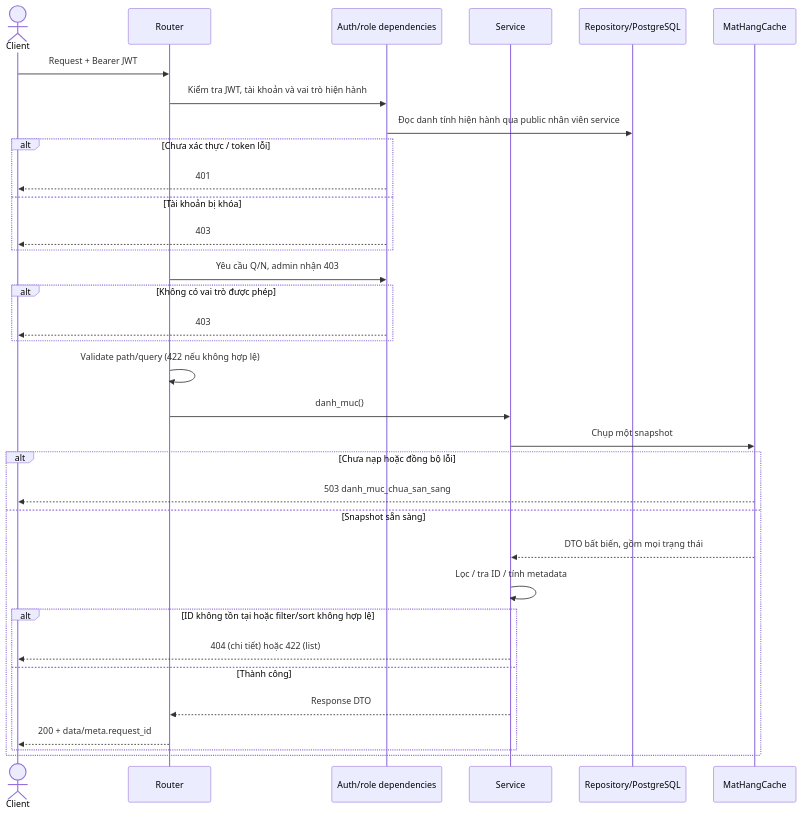
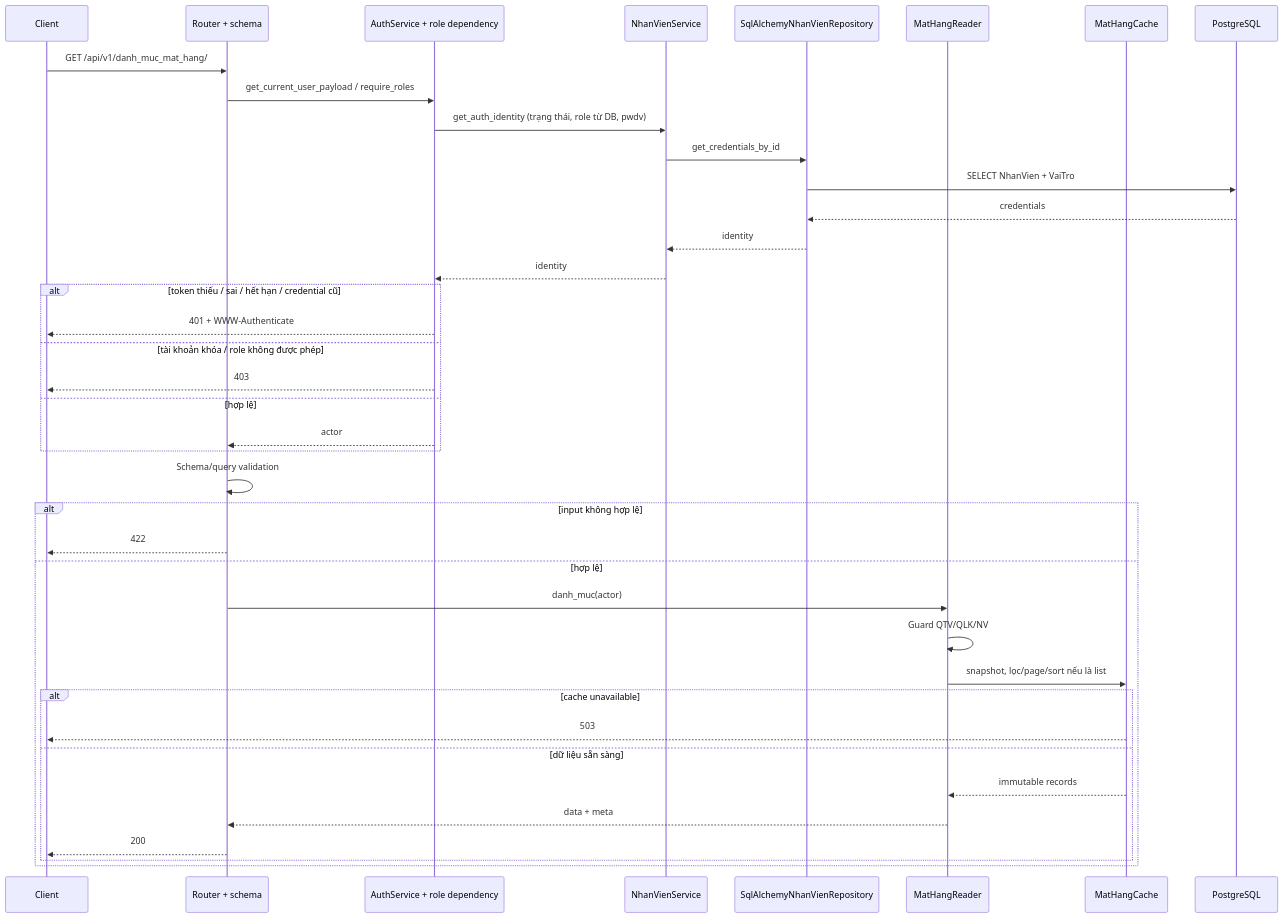
Before and after one commit to thanhklt/xbike-mrp-system: the first of 6 diagrams in docs/sequence/mat_hang.md, drawn with Mermaid. The commit also changed other lines of this file and 230 other files, not shown here.

Commit message:
fix(reporting): UC-41 báo cáo nhập-xuất-tồn và UC-42 tra cứu lịch sử biến động kho

````diff
--- a/docs/sequence/mat_hang.md
+++ b/docs/sequence/mat_hang.md
@@ -13,36 +15,41 @@
 ```mermaid
 sequenceDiagram
-actor C as Client
-    participant R as Router
-    participant A as Auth/role dependencies
-    participant S as Service
-    participant D as Repository/PostgreSQL
-    C->>R: Request + Bearer JWT
-    R->>A: Kiểm tra JWT, tài khoản và vai trò hiện hành
-    A->>D: Đọc danh tính hiện hành qua public nhân viên service
-    alt Chưa xác thực / token lỗi
-        A-->>C: 401
-    else Tài khoản bị khóa
+    participant C as Client
+    participant R as Router + schema
+    participant A as AuthService + role dependency
+    participant N as NhanVienService
+    participant NR as SqlAlchemyNhanVienRepository
+    participant S as MatHangReader
+    participant K as MatHangCache
+    participant DB as PostgreSQL
+    C->>R: GET /api/v1/danh_muc_mat_hang/
+    R->>A: get_current_user_payload / require_roles
+    A->>N: get_auth_identity (trạng thái, role từ DB, pwdv)
+    N->>NR: get_credentials_by_id
+    NR->>DB: SELECT NhanVien + VaiTro
+    DB-->>NR: credentials
+    NR-->>N: identity
+    N-->>A: identity
+    alt token thiếu / sai / hết hạn / credential cũ
+        A-->>C: 401 + WWW-Authenticate
+    else tài khoản khóa / role không được phép
         A-->>C: 403
+    else hợp lệ
+        A-->>R: actor
     end
-    R->>A: Yêu cầu Q/N, admin nhận 403
-    alt Không có vai trò được phép
-        A-->>C: 403
-    end
-    R->>R: Validate path/query (422 nếu không hợp lệ)
-    R->>S: danh_muc()
-    participant K as MatHangCache
-    S->>K: Chụp một snapshot
-    alt Chưa nạp hoặc đồng bộ lỗi
-        K-->>C: 503 danh_muc_chua_san_sang
-    else Snapshot sẵn sàng
-        K-->>S: DTO bất biến, gồm mọi trạng thái
-        S->>S: Lọc / tra ID / tính metadata
-        alt ID không tồn tại hoặc filter/sort không hợp lệ
-            S-->>C: 404 (chi tiết) hoặc 422 (list)
-        else Thành công
-            S-->>R: Response DTO
-            R-->>C: 200 + data/meta.request_id
+    R->>R: Schema/query validation
+    alt input không hợp lệ
+        R-->>C: 422
+    else hợp lệ
+        R->>S: danh_muc(actor)
+        S->>S: Guard QTV/QLK/NV
+        S->>K: snapshot, lọc/page/sort nếu là list
+        alt cache unavailable
+            K-->>C: 503
+        else dữ liệu sẵn sàng
+            K-->>S: immutable records
+            S-->>R: data + meta
+            R-->>C: 200
         end
     end
 ```
````
